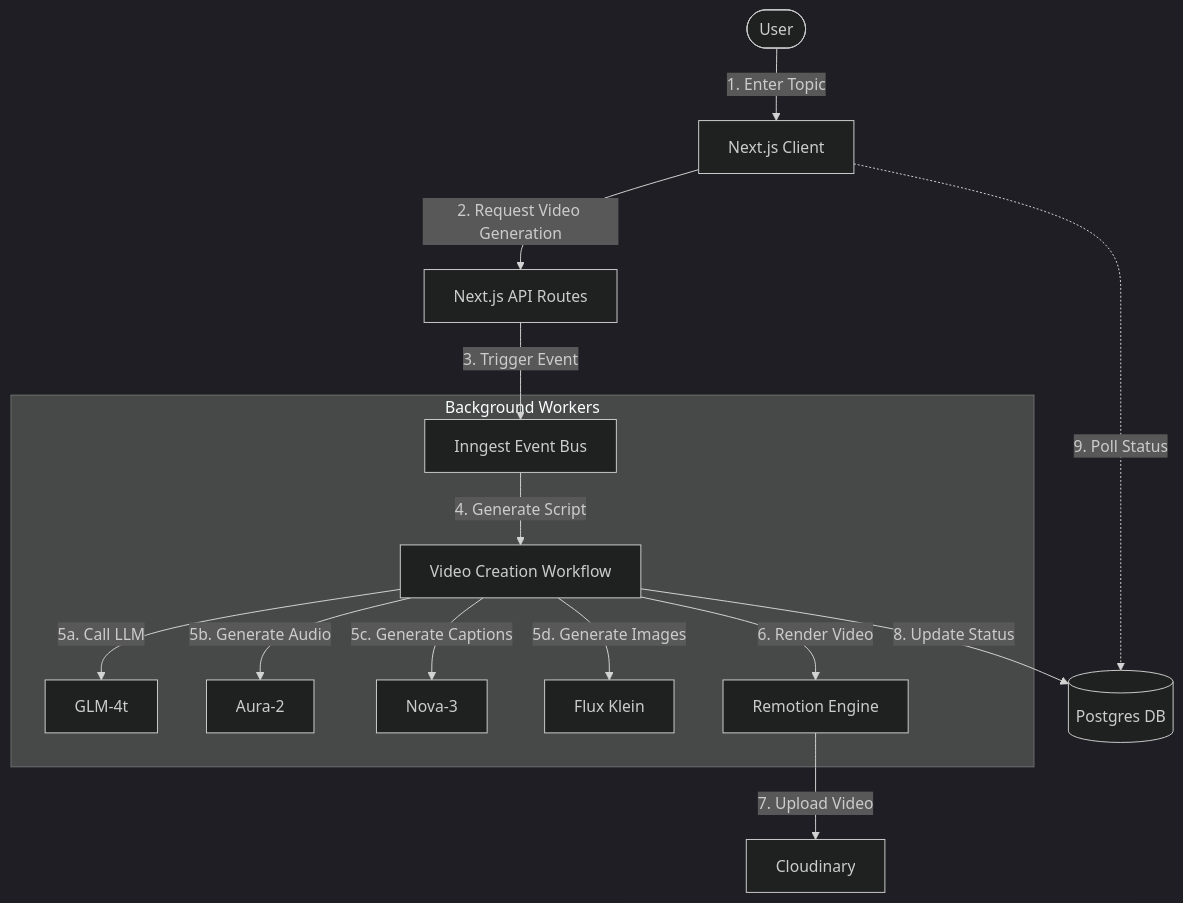
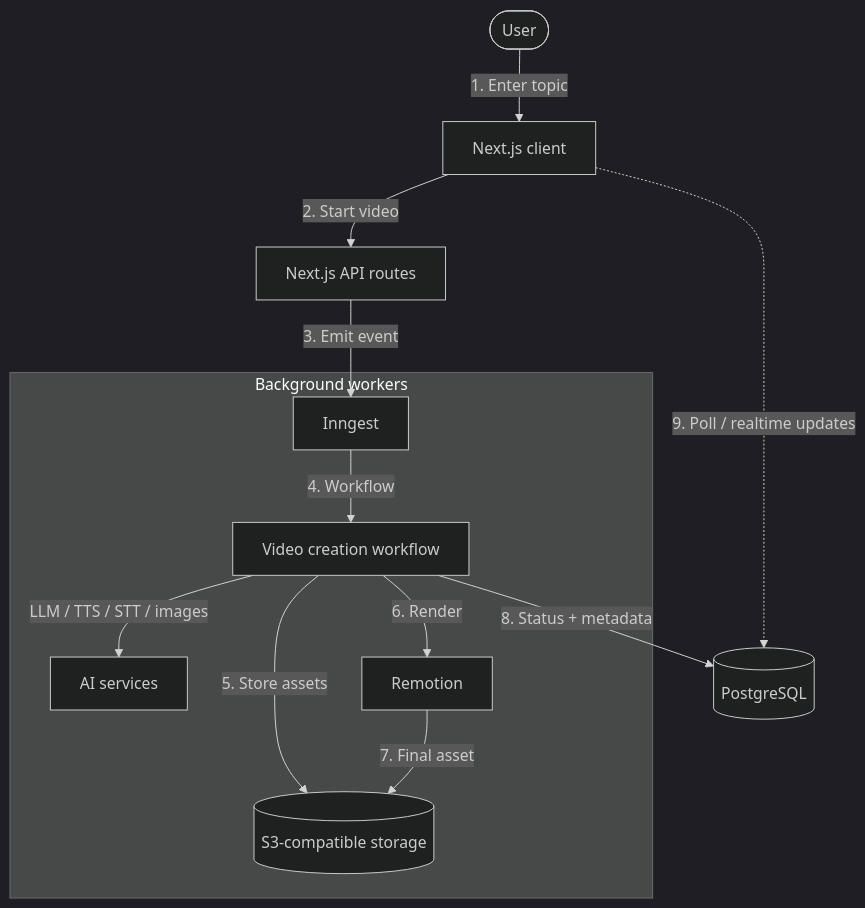
Before and after one commit to lwshakib/flickzo-short-video-generator: the diagram in README.md, drawn with Mermaid (dark theme). The commit also changed other lines of this file and 2 other files, not shown here.

Commit message:
chore: enhance CONTRIBUTING.md and README.md for clarity and detail, update Inngest client configuration

````diff
--- a/README.md
+++ b/README.md
@@ -47,20 +32,18 @@
 ```mermaid
 graph TD
-    User([User]) -->|1. Enter Topic| Client[Next.js Client]
-    Client -->|2. Request Video Generation| API[Next.js API Routes]
-    API -->|3. Trigger Event| Inngest[Inngest Event Bus]
+    User([User]) -->|1. Enter topic| Client[Next.js client]
+    Client -->|2. Start video| API[Next.js API routes]
+    API -->|3. Emit event| Inngest[Inngest]
 
-    subgraph "Background Workers"
-        Inngest -->|4. Generate Script| Workflow[Video Creation Workflow]
-        Workflow -->|5a. Call LLM| LLM[GLM-4t]
-        Workflow -->|5b. Generate Audio| Audio[Aura-2]
-        Workflow -->|5c. Generate Captions| Text[Nova-3]
-        Workflow -->|5d. Generate Images| ImgGen[Flux Klein]
-        Workflow -->|6. Render Video| Remotion[Remotion Engine]
+    subgraph "Background workers"
+        Inngest -->|4. Workflow| Workflow[Video creation workflow]
+        Workflow -->|LLM / TTS / STT / images| AIServices[AI services]
+        Workflow -->|5. Store assets| S3[(S3-compatible storage)]
+        Workflow -->|6. Render| Remotion[Remotion]
     end
 
-    Remotion -->|7. Upload Video| Cloudinary[Cloudinary]
-    Workflow -->|8. Update Status| DB[(Postgres DB)]
+    Remotion -->|7. Final asset| S3
+    Workflow -->|8. Status + metadata| DB[(PostgreSQL)]
 
-    Client -.->|9. Poll Status| DB
+    Client -.->|9. Poll / realtime updates| DB
 ```
````
